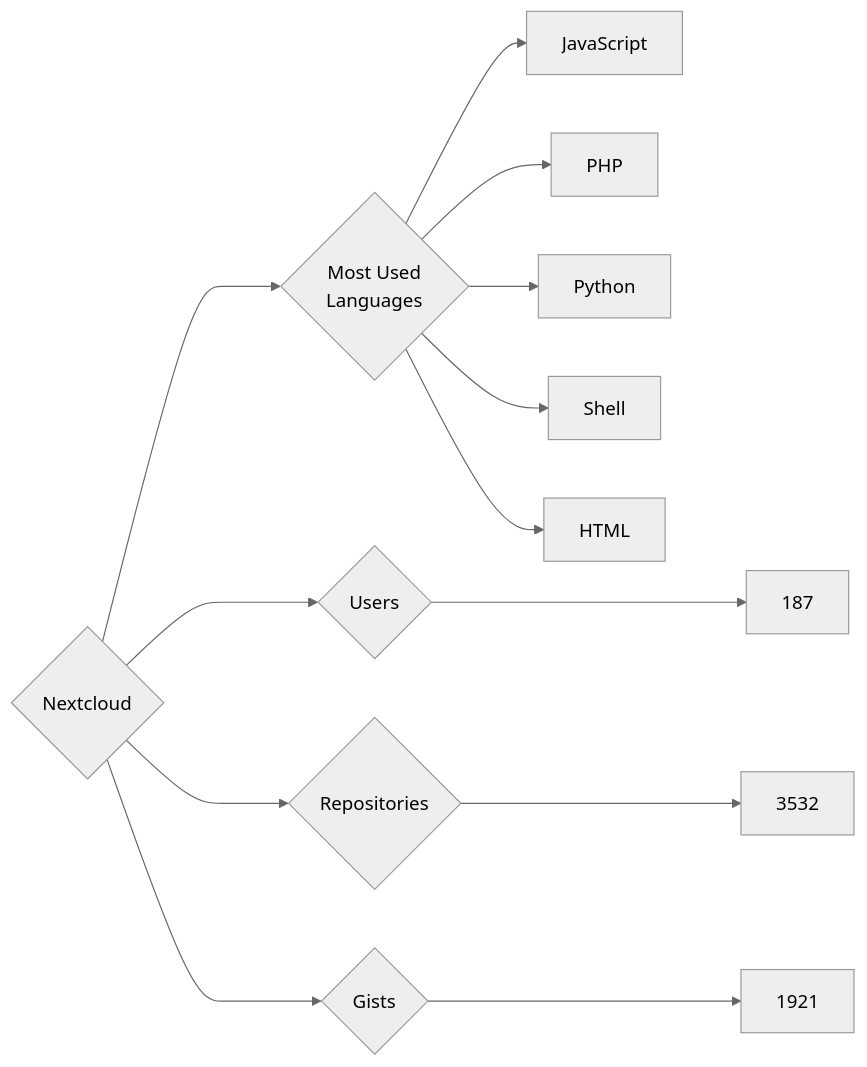
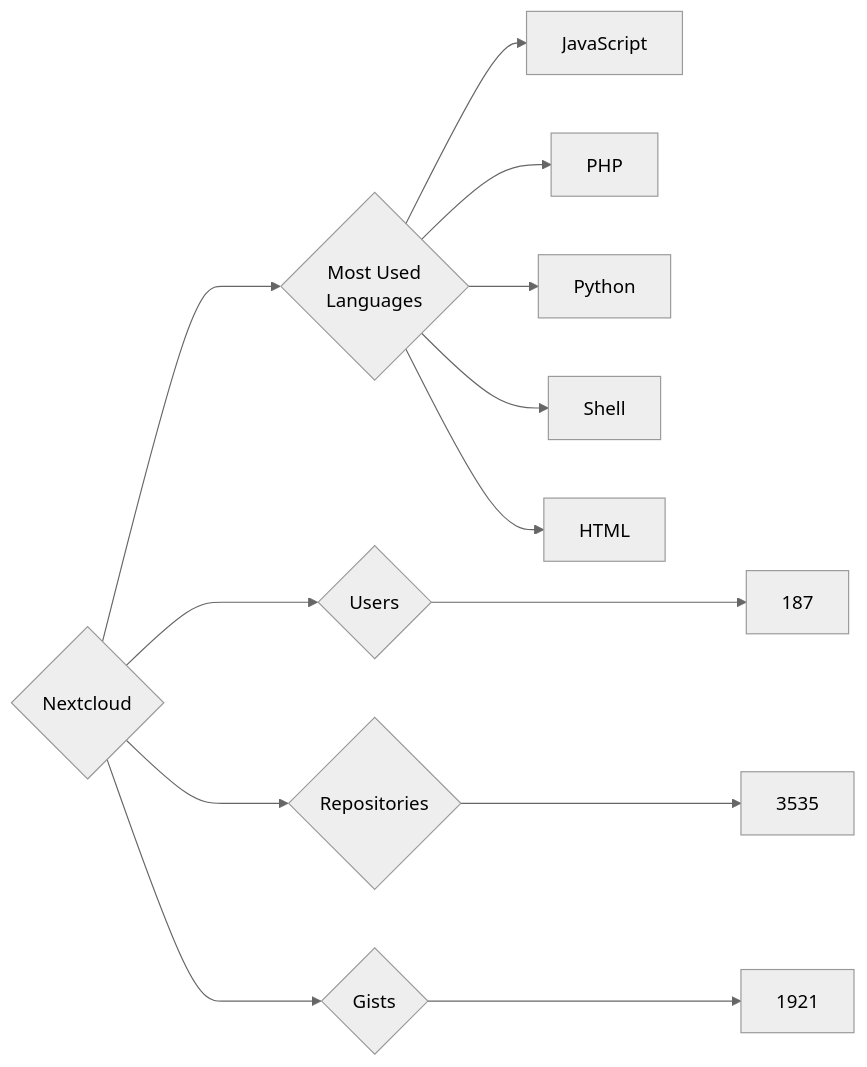
The diagram in targets/Nextcloud/README.md (trickest/insiders), drawn with Mermaid (neutral theme) before and after one commit. The commit also changed 871 other files, not shown here.

````diff
--- a/targets/Nextcloud/README.md
+++ b/targets/Nextcloud/README.md
@@ -3,13 +3,13 @@
 ```mermaid
 graph LR
 COMPANY_NAME{Nextcloud}
 COMPANY_NAME ---> U{Users} ---> UN[187]
-COMPANY_NAME ---> R{Repositories} ---> RN[3532]
+COMPANY_NAME ---> R{Repositories} ---> RN[3535]
 COMPANY_NAME ---> G{Gists} ---> GN[1921]
 COMPANY_NAME ---> ML{Most Used<br>Languages}
 ML --> JavaScript[JavaScript]
 ML --> PHP[PHP]
 ML --> Python[Python]
 ML --> Shell[Shell]
 ML --> HTML[HTML]
 ```
````
